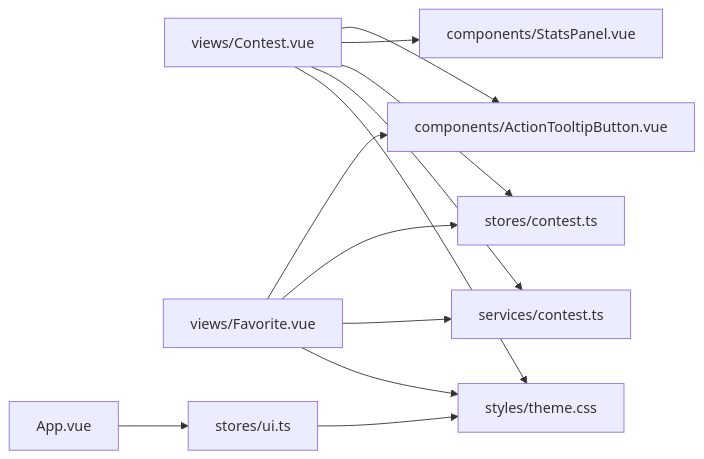
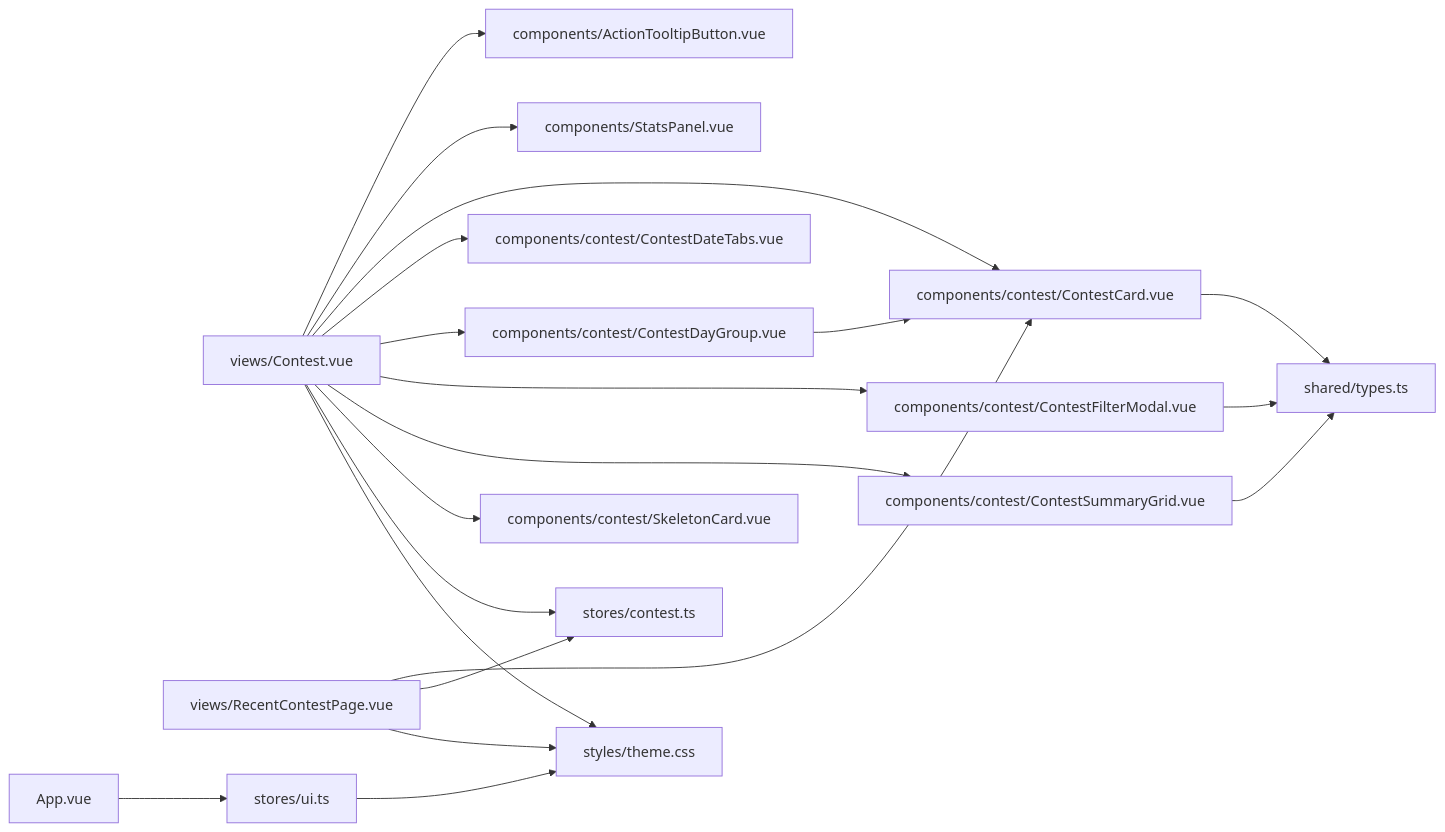
Before and after one commit to Siborne/OJFlow: the fourth of 4 diagrams in .qoder/repowiki/zh/content/API参考/组件API.md, drawn with Mermaid. The commit also changed other lines of this file and 23 other files, not shown here.

````diff
--- a/.qoder/repowiki/zh/content/API参考/组件API.md
+++ b/.qoder/repowiki/zh/content/API参考/组件API.md
@@ -269,14 +537,22 @@
 ```mermaid
 graph LR
 V1["views/Contest.vue"] --> C1["components/ActionTooltipButton.vue"]
 V1 --> C3["components/StatsPanel.vue"]
-V2["views/Favorite.vue"] --> C1
+V1 --> CC1["components/contest/ContestCard.vue"]
+V1 --> CC2["components/contest/ContestDateTabs.vue"]
+V1 --> CC3["components/contest/ContestDayGroup.vue"]
+V1 --> CC4["components/contest/ContestFilterModal.vue"]
+V1 --> CC5["components/contest/ContestSummaryGrid.vue"]
+V1 --> CC6["components/contest/SkeletonCard.vue"]
+V2["views/RecentContestPage.vue"] --> CC1
 V1 --> S2["stores/contest.ts"]
 V2 --> S2
-V1 --> SV["services/contest.ts"]
-V2 --> SV
 B["App.vue"] --> S1["stores/ui.ts"]
 S1 --> ST["styles/theme.css"]
 V1 --> ST
 V2 --> ST
+CC1 --> T["shared/types.ts"]
+CC3 --> CC1
+CC4 --> T
+CC5 --> T
 ```
````
